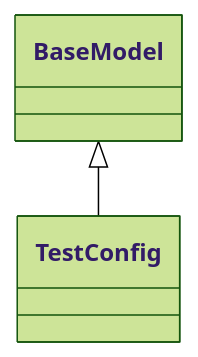
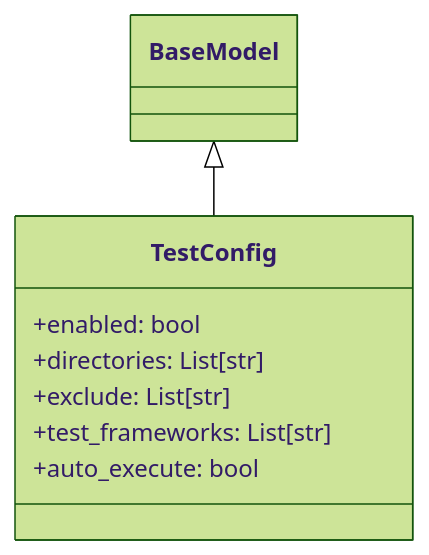
One commit to Brunvelop/autocode changed the ninth of 15 diagrams in design/autocode/api/models_items.md. Above: the diagram before and after it, drawn with Mermaid (forest theme). The commit also changed other lines of this file and 8 other files, not shown here.

````diff
--- a/design/autocode/api/models_items.md
+++ b/design/autocode/api/models_items.md
@@ -124,7 +153,12 @@
 ```mermaid
 classDiagram
     class TestConfig {
+        +enabled: bool
+        +directories: List[str]
+        +exclude: List[str]
+        +test_frameworks: List[str]
+        +auto_execute: bool
     }
     BaseModel <|-- TestConfig
 
 ```
````
